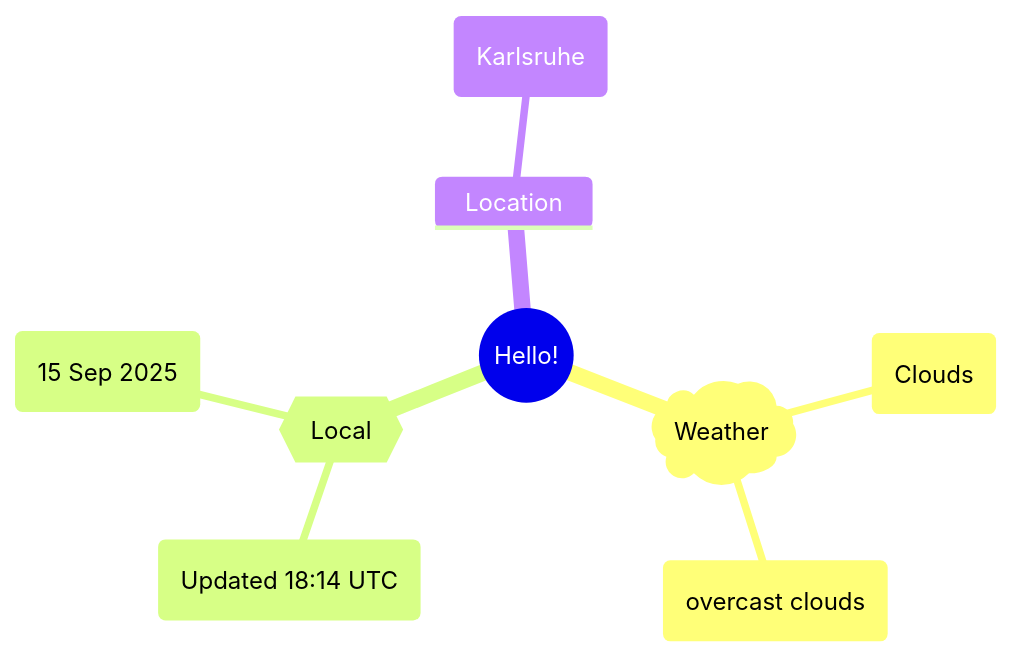
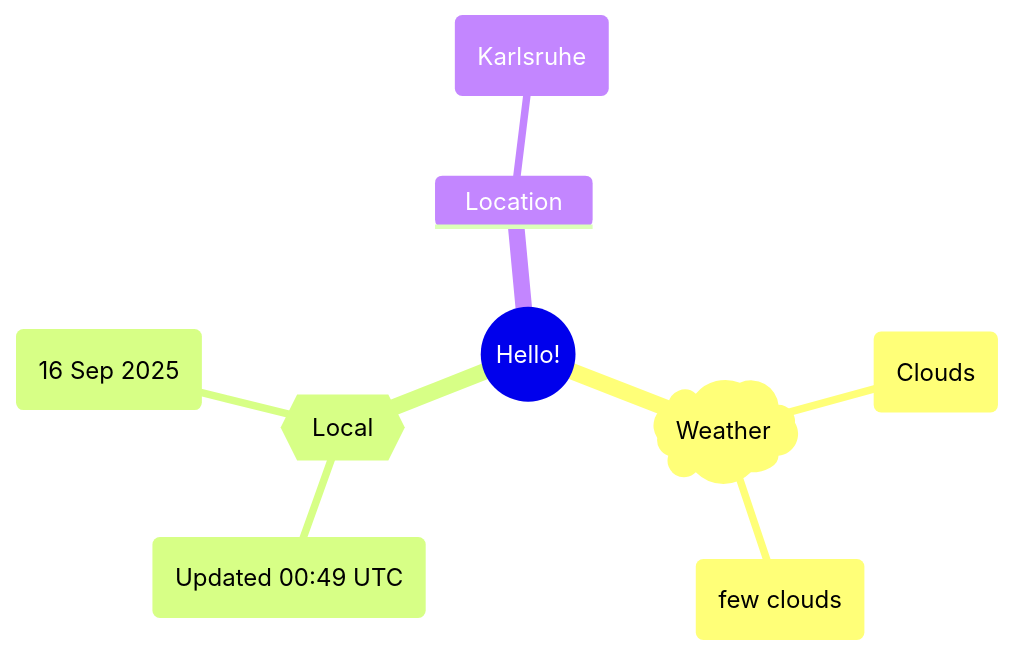
One commit to Xosrov/Xosrov changed the first of 2 diagrams in README.md. Above: the diagram before and after it, drawn with Mermaid.

Commit message:
[bot] updated images

````diff
--- a/README.md
+++ b/README.md
@@ -3,12 +3,12 @@
 ```mermaid
 mindmap
   root((Hello!))
     )Weather(
         (Clouds)
-        (overcast clouds)
+        (few clouds)
     {{Local}}
-        (Updated 18:14 UTC)
-        (15 Sep 2025)
+        (Updated 00:49 UTC)
+        (16 Sep 2025)
     Location
         (Karlsruhe)
 ```
````
